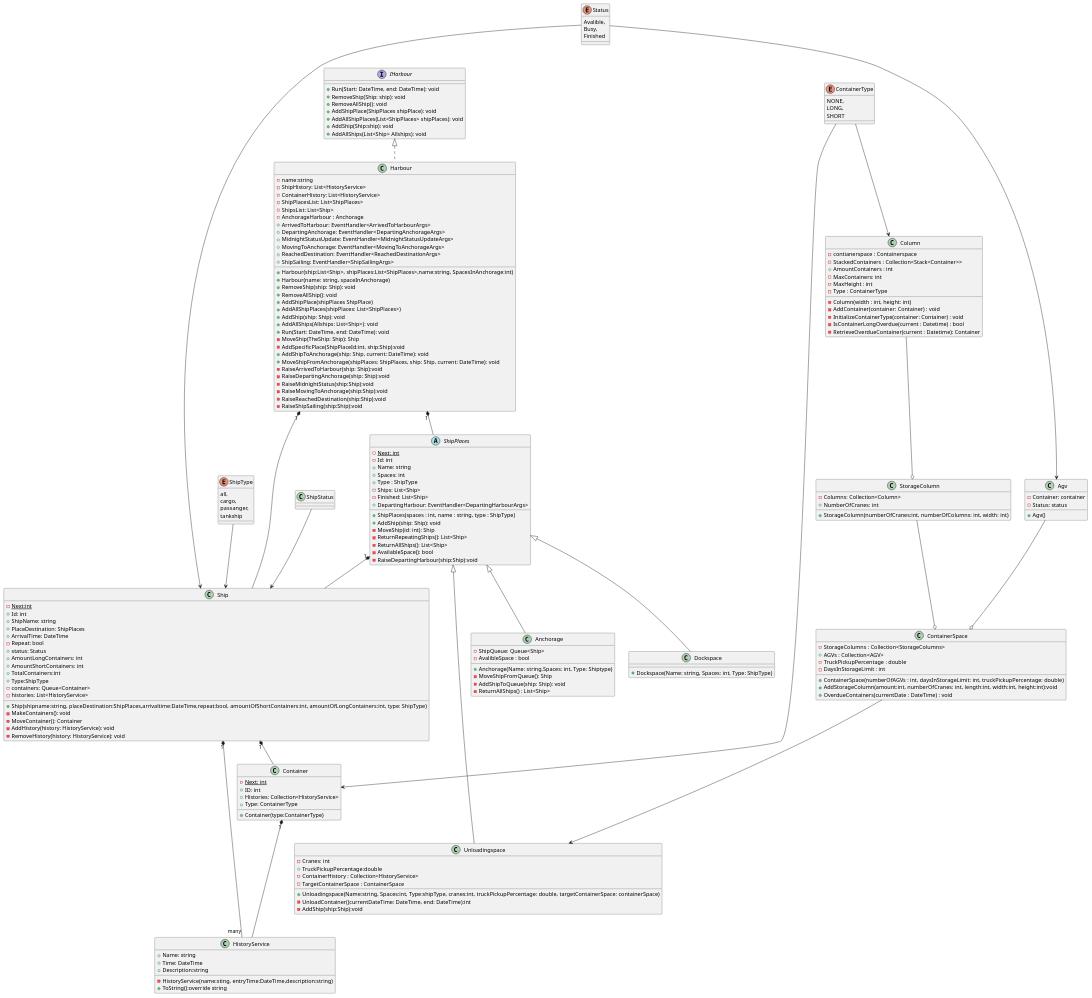
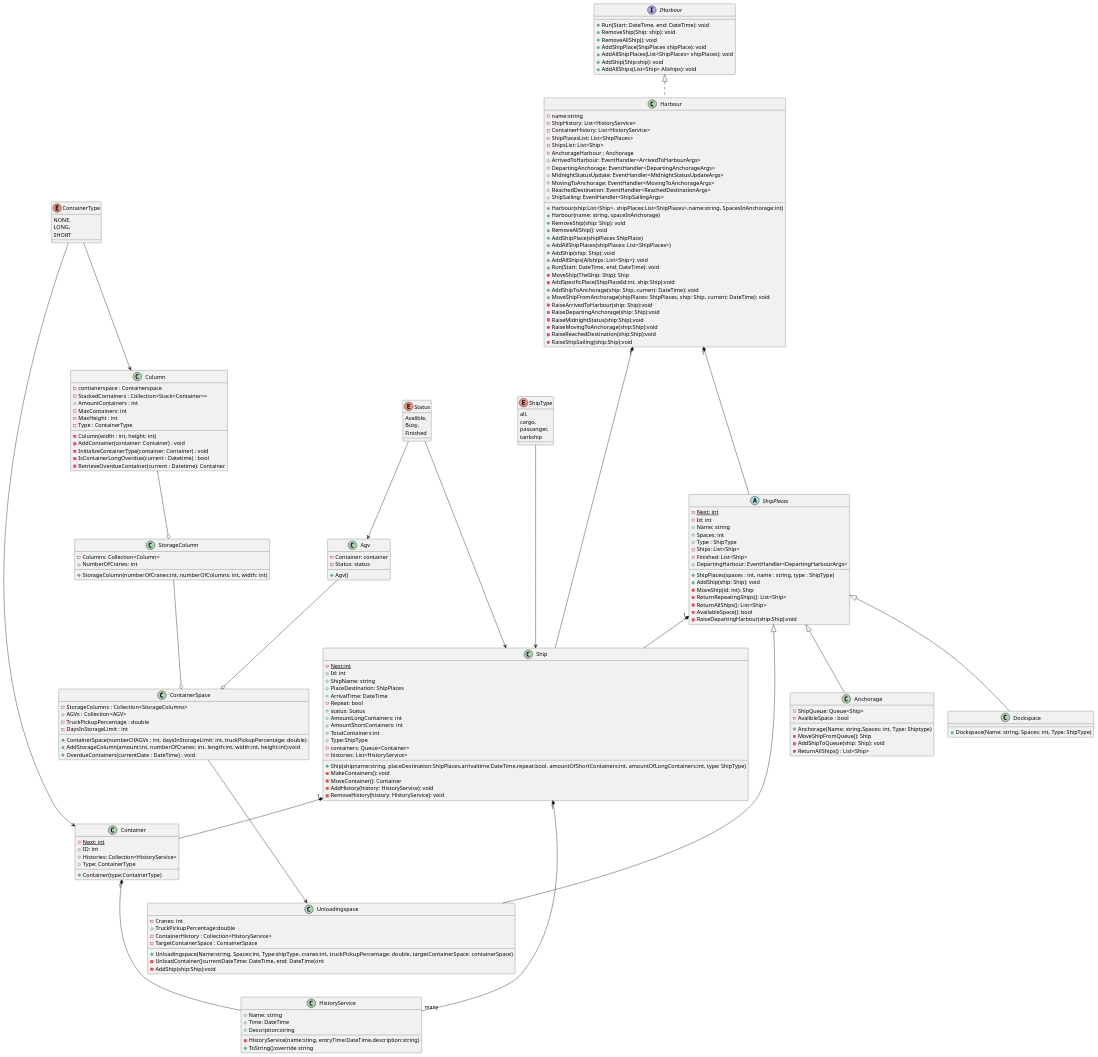
The diagram in HavnAPIuml.puml (NET-og-Rammeverk-gruppe-MBFS/HavnAPI), drawn with PlantUML before and after one commit.

Commit message:
noen små endringer i UML. Forbedret utseende

```diff
--- a/HavnAPIuml.puml
+++ b/HavnAPIuml.puml
@@ -176,9 +176,8 @@
 }
 
 
-ShipStatus --> Ship
-ShipType --> Ship
-Harbour "1" *-- ShipPlaces
+ShipType ---> Ship
+Harbour "1" *--- ShipPlaces
 Harbour "1" *-- Ship
 ShipPlaces "1" *-- Ship
 Ship "1" *-- Container
@@ -190,8 +189,8 @@
 StorageColumn --o ContainerSpace
 ContainerType -----> Container
 ContainerType -->Column
-Status ----> Ship
-Status ----> Agv
+Status --> Ship
+Status --> Agv
 
 
 
```
